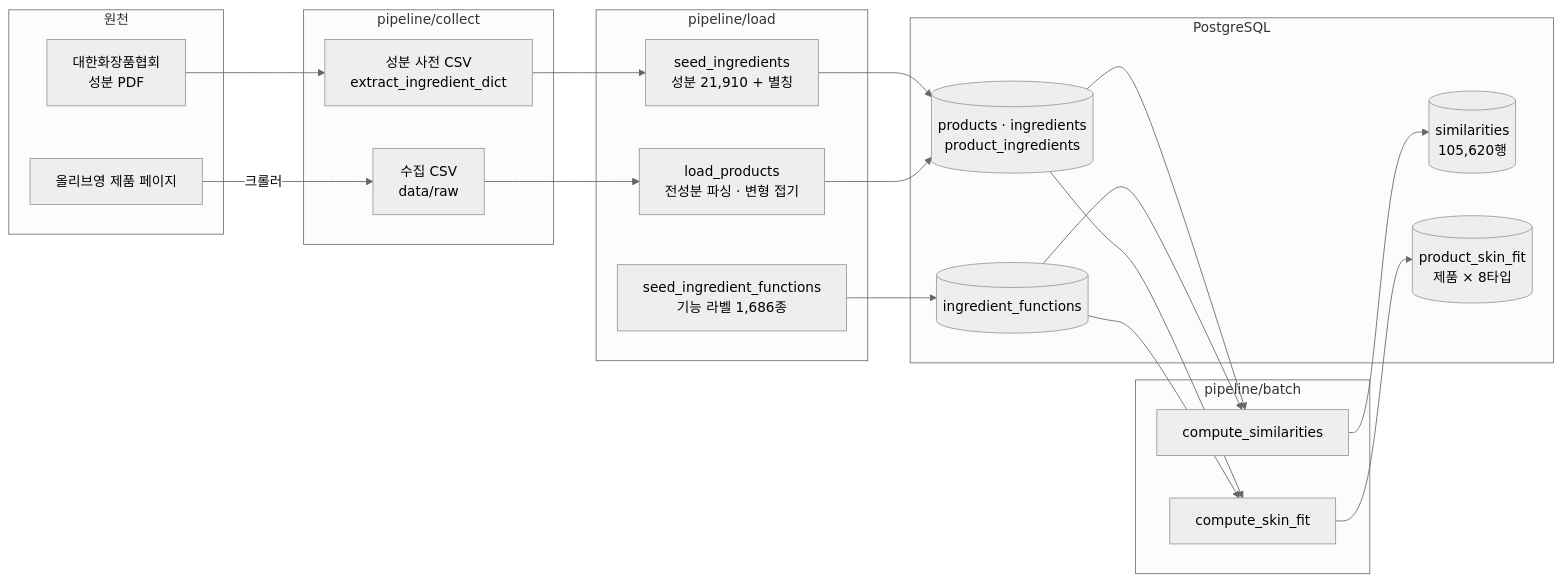
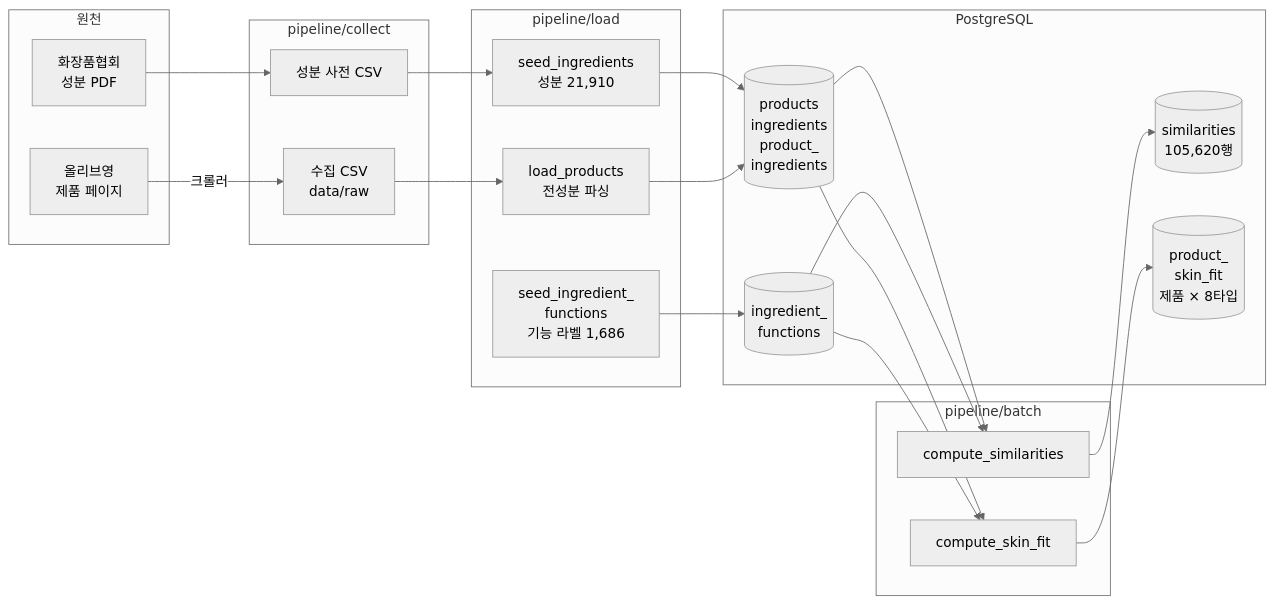
Before and after one commit to EunSeong-Jo/capstone: the first of 9 diagrams in docs/architecture/diagrams.md, drawn with Mermaid (neutral theme). The commit also changed other lines of this file and 1 other file, not shown here.

````diff
--- a/docs/architecture/diagrams.md
+++ b/docs/architecture/diagrams.md
@@ -20,42 +20,42 @@
 ```mermaid
 flowchart LR
     subgraph SRC["원천"]
-        OY["올리브영 제품 페이지"]
-        KCA["대한화장품협회<br/>성분 PDF"]
+        OY["올리브영<br/>제품 페이지"]
+        KCA["화장품협회<br/>성분 PDF"]
     end
 
     subgraph COLLECT["pipeline/collect"]
         RAW["수집 CSV<br/>data/raw"]
-        DICT["성분 사전 CSV<br/>extract_ingredient_dict"]
+        DICT["성분 사전 CSV"]
     end
 
     subgraph LOAD["pipeline/load"]
-        SI["seed_ingredients<br/>성분 21,910 + 별칭"]
-        LP["load_products<br/>전성분 파싱 · 변형 접기"]
-        SF["seed_ingredient_functions<br/>기능 라벨 1,686종"]
+        SI["seed_ingredients<br/>성분 21,910"]
+        LP["load_products<br/>전성분 파싱"]
+        SF["seed_ingredient_<br/>functions<br/>기능 라벨 1,686"]
     end
 
     subgraph BATCH["pipeline/batch"]
         CS["compute_similarities"]
         CF["compute_skin_fit"]
     end
 
     subgraph DB["PostgreSQL"]
-        PROD[("products · ingredients<br/>product_ingredients")]
-        FUNC[("ingredient_functions")]
+        PROD[("products<br/>ingredients<br/>product_<br/>ingredients")]
+        FUNC[("ingredient_<br/>functions")]
         SIMT[("similarities<br/>105,620행")]
-        FITT[("product_skin_fit<br/>제품 × 8타입")]
+        FITT[("product_<br/>skin_fit<br/>제품 × 8타입")]
     end
 
     OY -->|크롤러| RAW
     KCA --> DICT
     DICT --> SI --> PROD
     RAW --> LP --> PROD
     SF --> FUNC
     PROD --> CS
     FUNC --> CS
     PROD --> CF
     FUNC --> CF
     CS --> SIMT
     CF --> FITT
 ```
````
